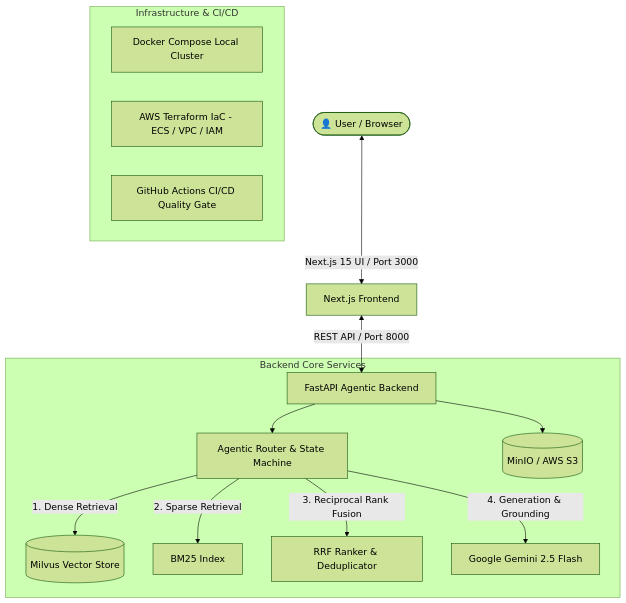
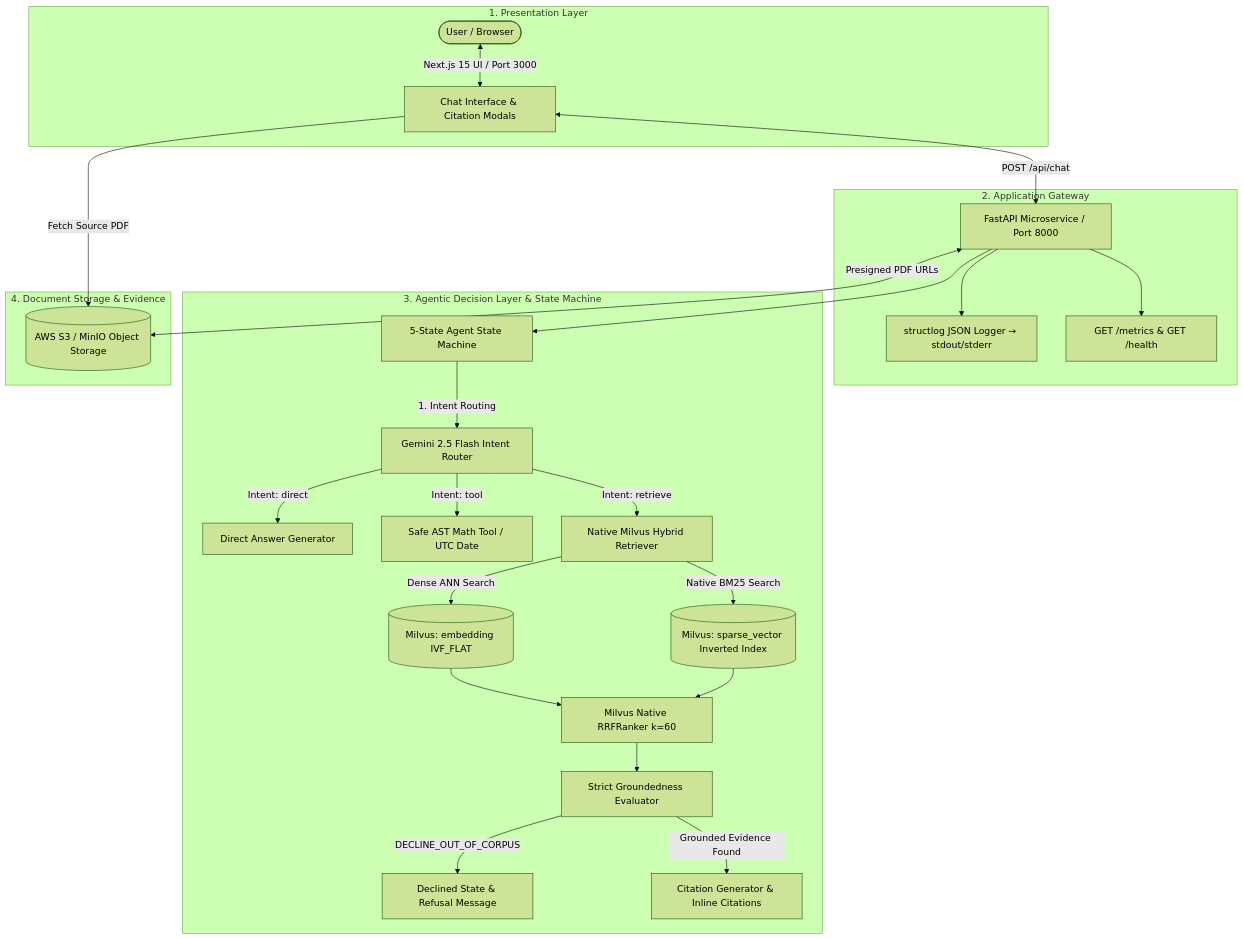
One commit to nikhilsahu07/RAGentic changed the first of 2 diagrams in README.md. Above: the diagram before and after it, drawn with Mermaid (forest theme). The commit also changed other lines of this file and 11 other files, not shown here.

Commit message:
refactor: overhaul frontend theme with design tokens and update chat UI layout components

````diff
--- a/README.md
+++ b/README.md
@@ -16,20 +18,34 @@
 ```mermaid
 flowchart TD
-    User([👤 User / Browser]) <-->|Next.js 15 UI / Port 3000| Frontend[Next.js Frontend]
-    Frontend <-->|REST API / Port 8000| Backend[FastAPI Agentic Backend]
-    
-    subgraph "Backend Core Services"
-        Backend --> Router[Agentic Router & State Machine]
-        Router -->|1. Dense Retrieval| Milvus[(Milvus Vector Store)]
-        Router -->|2. Sparse Retrieval| BM25[BM25 Index]
-        Router -->|3. Reciprocal Rank Fusion| RRF[RRF Ranker & Deduplicator]
-        Router -->|4. Generation & Grounding| LLM[Google Gemini 2.5 Flash]
-        Backend --> S3Store[(MinIO / AWS S3)]
+    subgraph ClientLayer ["1. Presentation Layer"]
+        User([ User / Browser]) <-->|Next.js 15 UI / Port 3000| UI[Chat Interface & Citation Modals]
     end
 
-    subgraph "Infrastructure & CI/CD"
-        DockerCompose[Docker Compose Local Cluster]
-        Terraform[AWS Terraform IaC - ECS / VPC / IAM]
-        GitHubActions[GitHub Actions CI/CD Quality Gate]
+    subgraph APILayer ["2. Application Gateway"]
+        UI <-->|POST /api/chat| API[FastAPI Microservice / Port 8000]
+        API --> Logging[structlog JSON Logger → stdout/stderr]
+        API --> MetricsEndpoint[GET /metrics & GET /health]
+    end
+
+    subgraph AgenticEngine ["3. Agentic Decision Layer & State Machine"]
+        API --> StateMachine[5-State Agent State Machine]
+        StateMachine -->|1. Intent Routing| Router[Gemini 2.5 Flash Intent Router]
+
+        Router -->|Intent: direct| DirectHandler[Direct Answer Generator]
+        Router -->|Intent: tool| ToolHandler[Safe AST Math Tool / UTC Date]
+        Router -->|Intent: retrieve| HybridRetriever[Native Milvus Hybrid Retriever]
+
+        HybridRetriever -->|Dense ANN Search| MilvusDense[(Milvus: embedding IVF_FLAT)]
+        HybridRetriever -->|Native BM25 Search| MilvusSparse[(Milvus: sparse_vector Inverted Index)]
+        MilvusDense & MilvusSparse --> RRF[Milvus Native RRFRanker k=60]
+
+        RRF --> Evaluator[Strict Groundedness Evaluator]
+        Evaluator -->|DECLINE_OUT_OF_CORPUS| DeclineState[Declined State & Refusal Message]
+        Evaluator -->|Grounded Evidence Found| AnswerState[Citation Generator & Inline Citations]
+    end
+
+    subgraph StorageLayer ["4. Document Storage & Evidence"]
+        API <-->|Presigned PDF URLs| S3Storage[(AWS S3 / MinIO Object Storage)]
+        UI -->|Fetch Source PDF| S3Storage
     end
 ```
````
